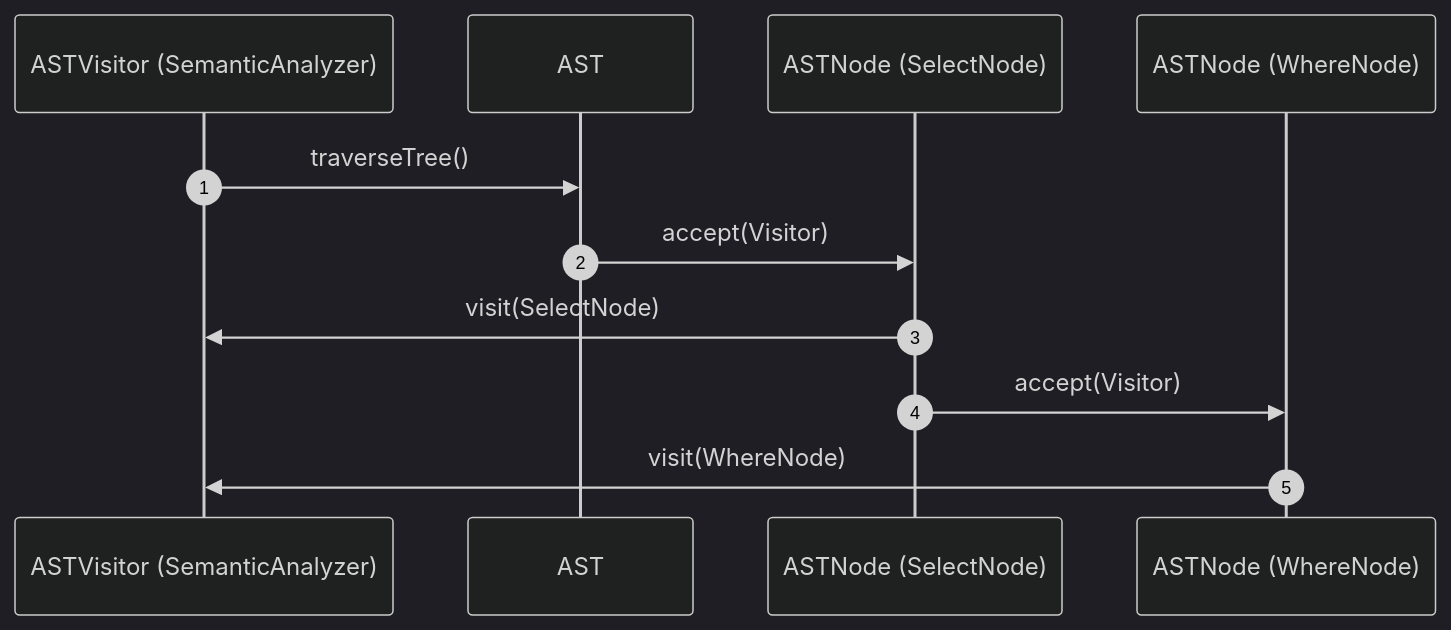
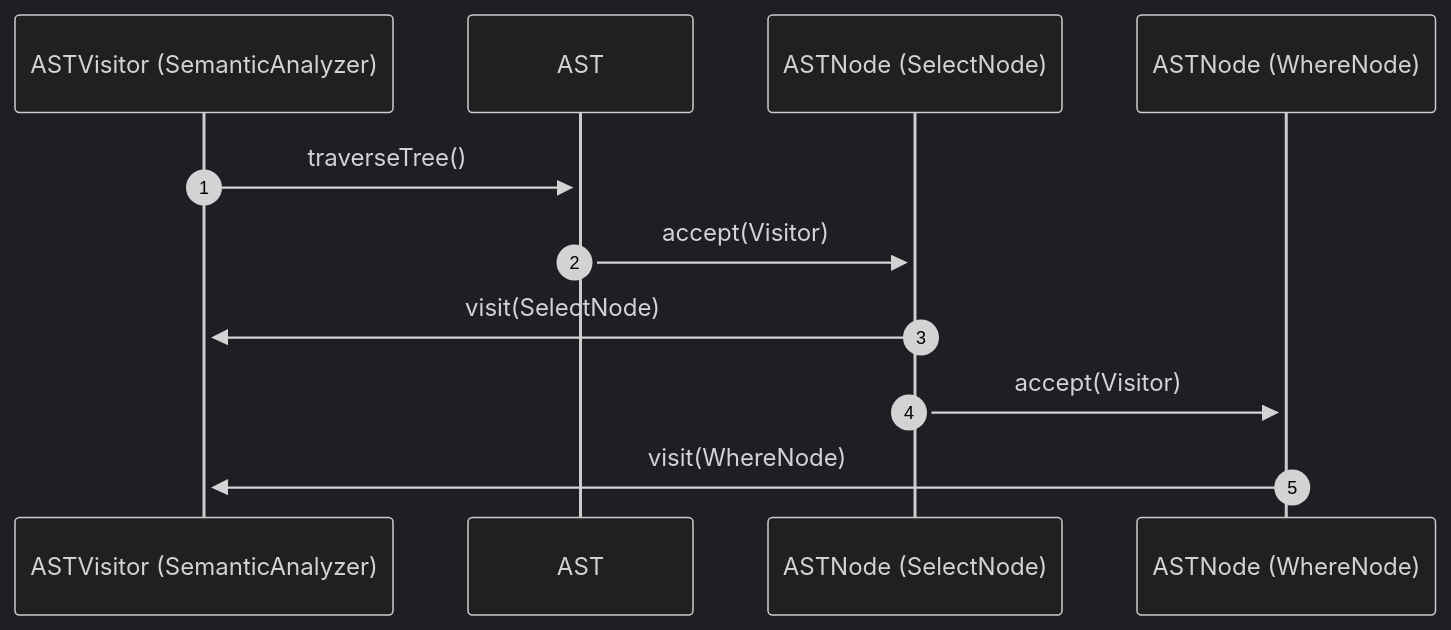
Before and after one commit to Dikhang1112/Database_Management_BBV: the third of 13 diagrams in docs/design_patterns/query_processor/Sequece.md, drawn with Mermaid (dark theme). The commit also changed other lines of this file and 12 other files, not shown here.

Commit message:
Refactor sequece diagram

````diff
--- a/docs/design_patterns/query_processor/Sequece.md
+++ b/docs/design_patterns/query_processor/Sequece.md
@@ -90,14 +90,14 @@
 ```mermaid
 sequenceDiagram
     autonumber
     participant Visitor as ASTVisitor (SemanticAnalyzer)
     participant Tree as AST
     participant RootNode as ASTNode (SelectNode)
     participant ChildNode as ASTNode (WhereNode)
 
-    Visitor->>Tree: traverseTree()
-    Tree->>RootNode: accept(Visitor)
-    RootNode->>Visitor: visit(SelectNode)
-    RootNode->>ChildNode: accept(Visitor)
-    ChildNode->>Visitor: visit(WhereNode)
+    Visitor->>+Tree: traverseTree()
+    Tree->>+RootNode: accept(Visitor)
+    RootNode->>+Visitor: visit(SelectNode)
+    RootNode->>+ChildNode: accept(Visitor)
+    ChildNode->>+Visitor: visit(WhereNode)
 ```
````
